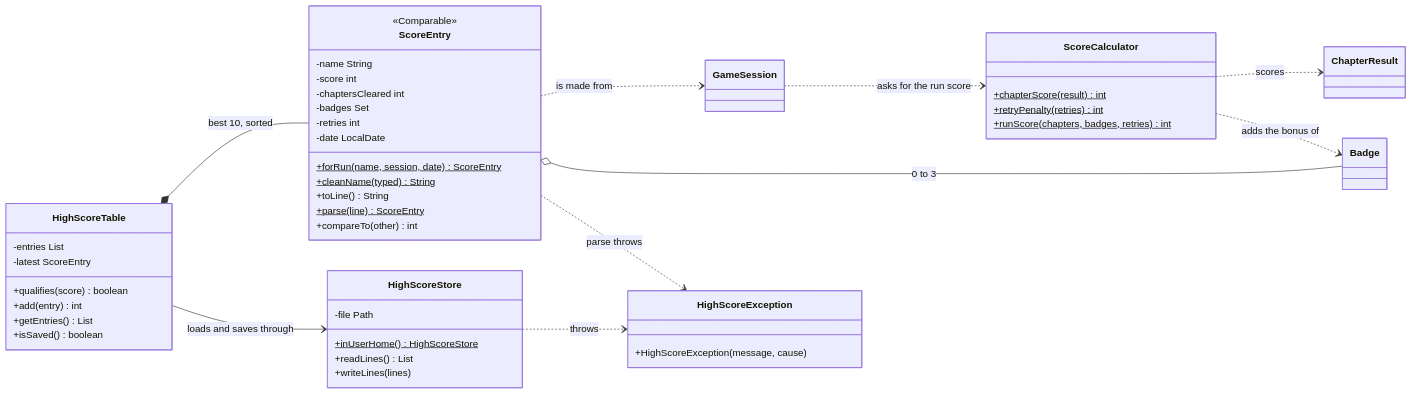
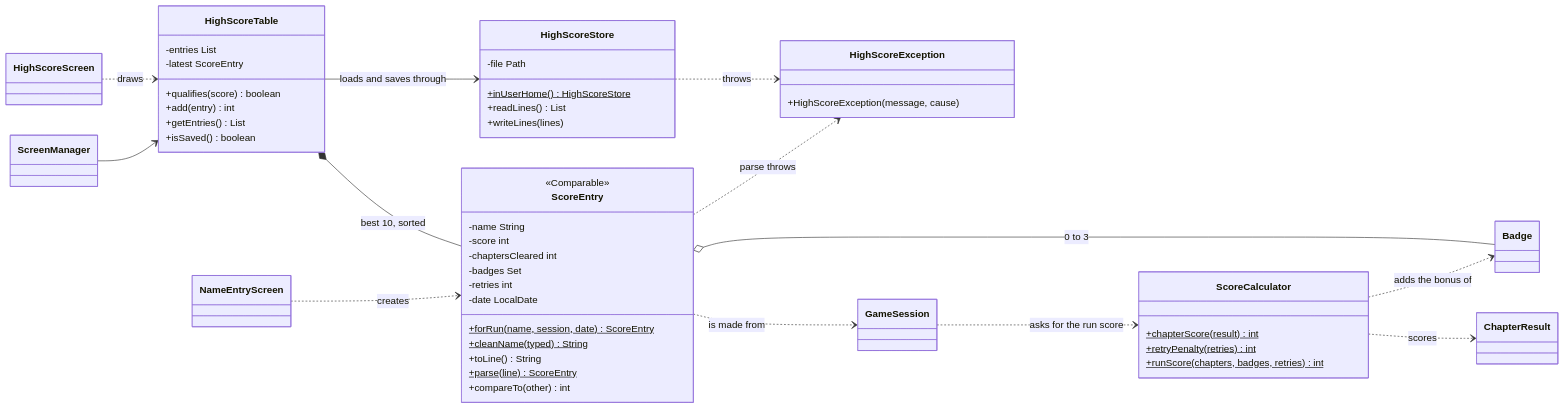
The seventh of 7 diagrams in docs/class-diagram.md (NJJAV33/Fish2trash), drawn with Mermaid before and after one commit. The commit also changed other lines of this file and 17 other files, not shown here.

First line of the commit message:
feat(ui): add name entry and high score screens

````diff
--- a/docs/class-diagram.md
+++ b/docs/class-diagram.md
@@ -822,59 +833,65 @@
 ```mermaid
 classDiagram
     direction LR
 
     class ScoreCalculator {
         +chapterScore(result)$ int
         +retryPenalty(retries)$ int
         +runScore(chapters, badges, retries)$ int
     }
 
     class ScoreEntry {
         <<Comparable>>
         -name String
         -score int
         -chaptersCleared int
         -badges Set
         -retries int
         -date LocalDate
         +forRun(name, session, date)$ ScoreEntry
         +cleanName(typed)$ String
         +toLine() String
         +parse(line)$ ScoreEntry
         +compareTo(other) int
     }
 
     class HighScoreTable {
         -entries List
         -latest ScoreEntry
         +qualifies(score) boolean
         +add(entry) int
         +getEntries() List
         +isSaved() boolean
     }
 
     class HighScoreStore {
         -file Path
         +inUserHome()$ HighScoreStore
         +readLines() List
         +writeLines(lines)
     }
 
     class HighScoreException {
         +HighScoreException(message, cause)
     }
 
     class GameSession
     class ChapterResult
     class Badge
+    class ScreenManager
+    class NameEntryScreen
+    class HighScoreScreen
 
     GameSession ..> ScoreCalculator : asks for the run score
     ScoreCalculator ..> ChapterResult : scores
     ScoreCalculator ..> Badge : adds the bonus of
     ScoreEntry ..> GameSession : is made from
     ScoreEntry o-- Badge : 0 to 3
     ScoreEntry ..> HighScoreException : parse throws
     HighScoreTable *-- ScoreEntry : best 10, sorted
     HighScoreTable --> HighScoreStore : loads and saves through
     HighScoreStore ..> HighScoreException : throws
+    ScreenManager --> HighScoreTable
+    NameEntryScreen ..> ScoreEntry : creates
+    HighScoreScreen ..> HighScoreTable : draws
 ```
````
